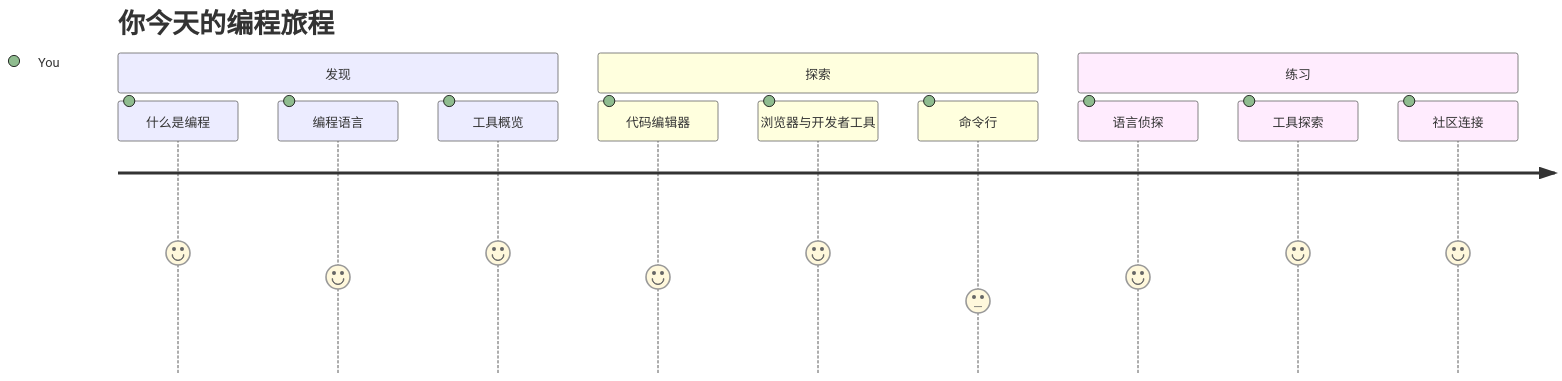
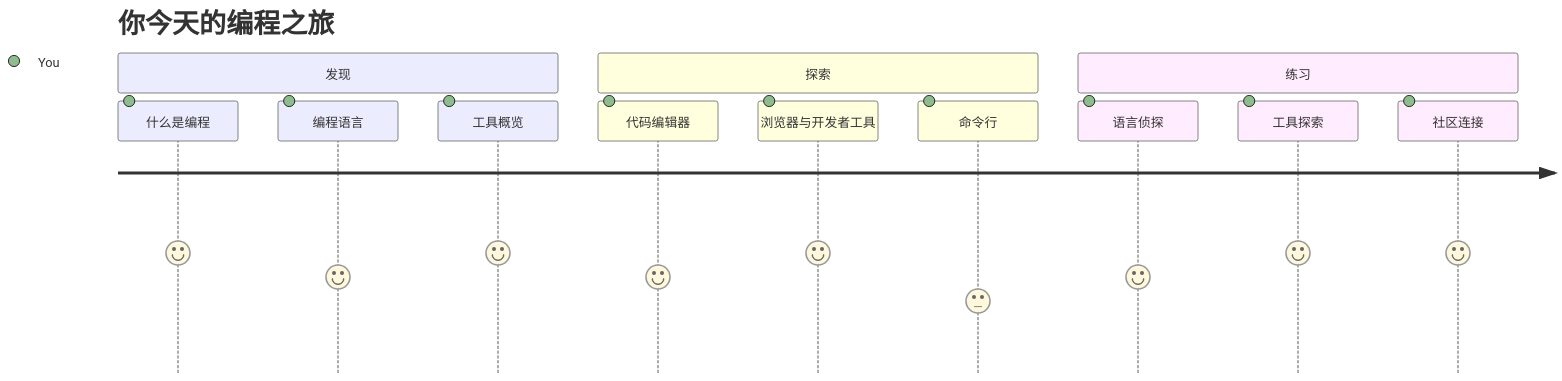
Before and after one commit to microsoft/Web-Dev-For-Beginners: the first of 7 diagrams in translations/zh-CN/1-getting-started-lessons/1-intro-to-programming-languages/README.md, drawn with Mermaid. The commit also changed other lines of this file and 8 other files, not shown here.

````diff
--- a/translations/zh-CN/1-getting-started-lessons/1-intro-to-programming-languages/README.md
+++ b/translations/zh-CN/1-getting-started-lessons/1-intro-to-programming-languages/README.md
@@ -14,16 +14,16 @@
 ```mermaid
 journey
-    title 你今天的编程旅程
+    title 你今天的编程之旅
     section 发现
       什么是编程: 5: You
       编程语言: 4: You
       工具概览: 5: You
     section 探索
       代码编辑器: 4: You
       浏览器与开发者工具: 5: You
       命令行: 3: You
     section 练习
       语言侦探: 4: You
       工具探索: 5: You
       社区连接: 5: You
 ```
````
